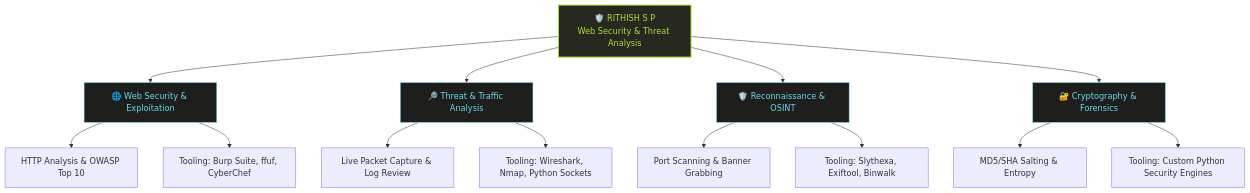
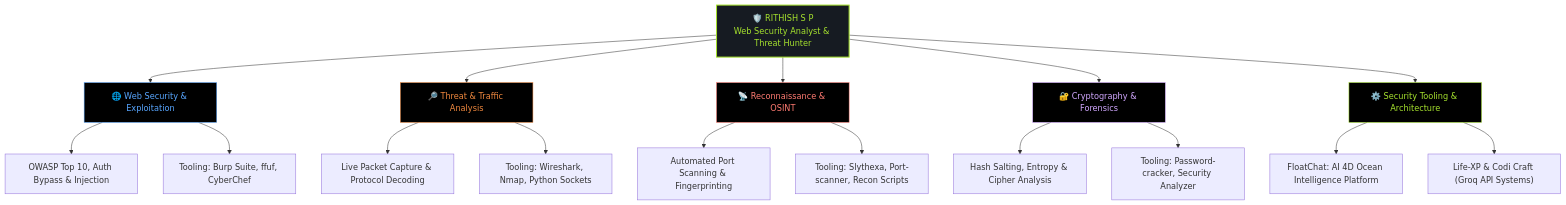
The first of 2 diagrams in README.md (Ritzz-09/Ritzz-09), drawn with Mermaid before and after one commit. The commit also changed other lines of this file, not shown here.

````diff
--- a/README.md
+++ b/README.md
@@ -64,27 +102,32 @@
 ```mermaid
 graph TD
-    Root["🛡️ RITHISH S P<br/>Web Security & Threat Analysis"]
+    Root["🛡️ RITHISH S P<br/>Web Security Analyst & Threat Hunter"]
     
     Root --> WebSec["🌐 Web Security & Exploitation"]
     Root --> Threat["🔎 Threat & Traffic Analysis"]
-    Root --> Recon["🛡️ Reconnaissance & OSINT"]
+    Root --> Recon["📡 Reconnaissance & OSINT"]
     Root --> Crypto["🔐 Cryptography & Forensics"]
+    Root --> AppDev["⚙️ Security Tooling & Architecture"]
 
-    WebSec --> W1["HTTP Analysis & OWASP Top 10"]
+    WebSec --> W1["OWASP Top 10, Auth Bypass & Injection"]
     WebSec --> W2["Tooling: Burp Suite, ffuf, CyberChef"]
 
-    Threat --> T1["Live Packet Capture & Log Review"]
+    Threat --> T1["Live Packet Capture & Protocol Decoding"]
     Threat --> T2["Tooling: Wireshark, Nmap, Python Sockets"]
 
-    Recon --> R1["Port Scanning & Banner Grabbing"]
-    Recon --> R2["Tooling: Slythexa, Exiftool, Binwalk"]
+    Recon --> R1["Automated Port Scanning & Fingerprinting"]
+    Recon --> R2["Tooling: Slythexa, Port-scanner, Recon Scripts"]
 
-    Crypto --> C1["MD5/SHA Salting & Entropy"]
-    Crypto --> C2["Tooling: Custom Python Security Engines"]
+    Crypto --> C1["Hash Salting, Entropy & Cipher Analysis"]
+    Crypto --> C2["Tooling: Password-cracker, Security Analyzer"]
 
-    style Root fill:#272822,stroke:#a6e22e,stroke-width:2px,color:#a6e22e
-    style WebSec fill:#1e1f1c,stroke:#66d9ef,stroke-width:1px,color:#66d9ef
-    style Threat fill:#1e1f1c,stroke:#66d9ef,stroke-width:1px,color:#66d9ef
-    style Recon fill:#1e1f1c,stroke:#66d9ef,stroke-width:1px,color:#66d9ef
-    style Crypto fill:#1e1f1c,stroke:#66d9ef,stroke-width:1px,color:#66d9ef
+    AppDev --> A1["FloatChat: AI 4D Ocean Intelligence Platform"]
+    AppDev --> A2["Life-XP & Codi Craft (Groq API Systems)"]
+
+    style Root fill:#161b22,stroke:#a6e22e,stroke-width:2px,color:#a6e22e
+    style WebSec fill:#000000,stroke:#58a6ff,stroke-width:1px,color:#58a6ff
+    style Threat fill:#000000,stroke:#f0883e,stroke-width:1px,color:#f0883e
+    style Recon fill:#000000,stroke:#ff7b72,stroke-width:1px,color:#ff7b72
+    style Crypto fill:#000000,stroke:#d2a8ff,stroke-width:1px,color:#d2a8ff
+    style AppDev fill:#000000,stroke:#a6e22e,stroke-width:1px,color:#a6e22e
 ```
````
